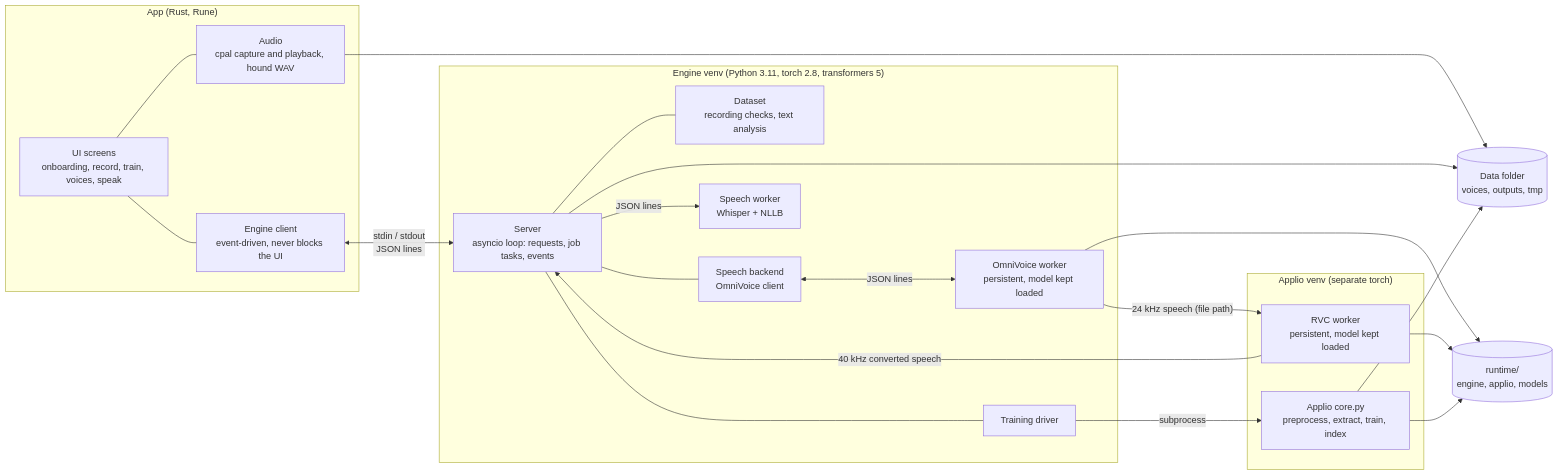
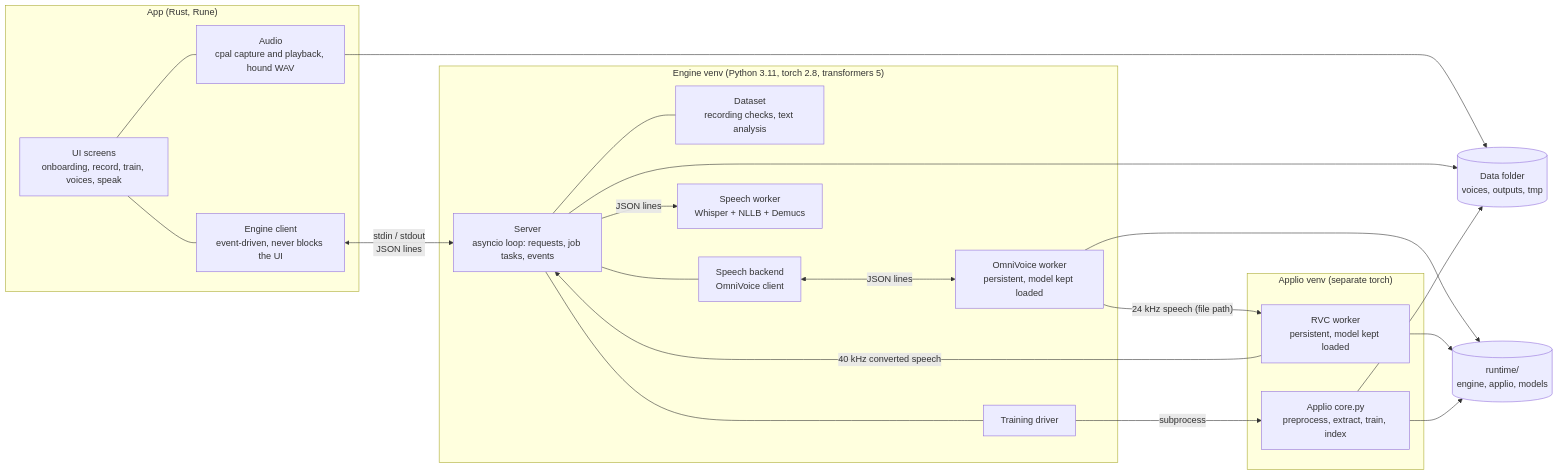
Before and after one commit to tarpetos/mimvox: the diagram in docs/architecture.md, drawn with Mermaid. The commit also changed other lines of this file and 14 other files, not shown here.

````diff
--- a/docs/architecture.md
+++ b/docs/architecture.md
@@ -11,43 +12,43 @@
 ```mermaid
 flowchart LR
     subgraph APP["App (Rust, Rune)"]
         UI["UI screens<br/>onboarding, record, train, voices, speak"]
         AUD["Audio<br/>cpal capture and playback, hound WAV"]
         CLI["Engine client<br/>event-driven, never blocks the UI"]
         UI --- AUD
         UI --- CLI
     end
 
     subgraph ENG["Engine venv (Python 3.11, torch 2.8, transformers 5)"]
         SRV["Server<br/>asyncio loop: requests, job tasks, events"]
         DS["Dataset<br/>recording checks, text analysis"]
         TTS["Speech backend<br/>OmniVoice client"]
         TRN["Training driver"]
         OVW["OmniVoice worker<br/>persistent, model kept loaded"]
-        SPW["Speech worker<br/>Whisper + NLLB"]
+        SPW["Speech worker<br/>Whisper + NLLB + Demucs"]
         SRV --- DS
         SRV --- TTS
         SRV --- TRN
     end
 
     subgraph RVC["Applio venv (separate torch)"]
         WRK["RVC worker<br/>persistent, model kept loaded"]
         PRE["Applio core.py<br/>preprocess, extract, train, index"]
     end
 
     DATA[("Data folder<br/>voices, outputs, tmp")]
     MODELS[("runtime/<br/>engine, applio, models")]
 
     CLI <-- "stdin / stdout<br/>JSON lines" --> SRV
     TTS <-- "JSON lines" --> OVW
     OVW -- "24 kHz speech (file path)" --> WRK
     WRK -- "40 kHz converted speech" --> SRV
     TRN -- "subprocess" --> PRE
     SRV -- "JSON lines" --> SPW
     AUD --> DATA
     SRV --> DATA
     PRE --> DATA
     OVW --> MODELS
     WRK --> MODELS
     PRE --> MODELS
 ```
````
